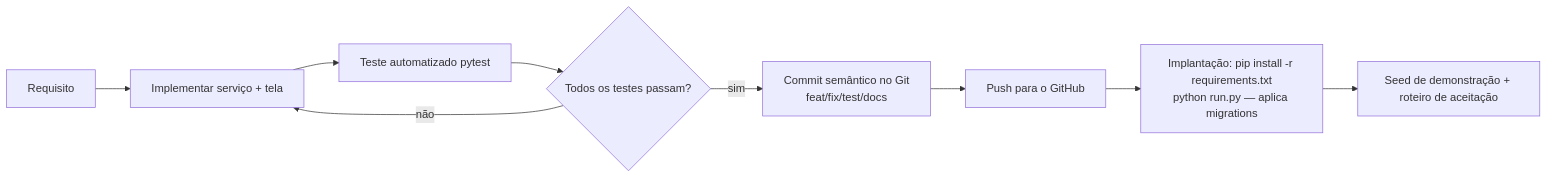
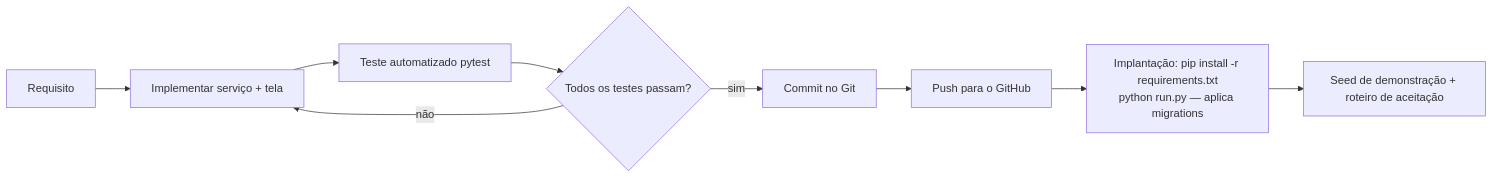
One commit to PietroRantin/GerenciandoEstoques changed the fifth of 5 diagrams in docs/ARQUITETURA.md. Above: the diagram before and after it, drawn with Mermaid. The commit also changed 30 other files, not shown here.

````diff
--- a/docs/ARQUITETURA.md
+++ b/docs/ARQUITETURA.md
@@ -217,8 +217,8 @@
 ```mermaid
 flowchart LR
     A[Requisito] --> B[Implementar serviço + tela] --> C[Teste automatizado pytest] --> D{Todos os testes passam?}
     D -- não --> B
-    D -- sim --> E[Commit semântico no Git<br>feat/fix/test/docs] --> F[Push para o GitHub]
+    D -- sim --> E[Commit no Git] --> F[Push para o GitHub]
     F --> G[Implantação: pip install -r requirements.txt<br>python run.py — aplica migrations]
     G --> H[Seed de demonstração + roteiro de aceitação]
 ```
````
